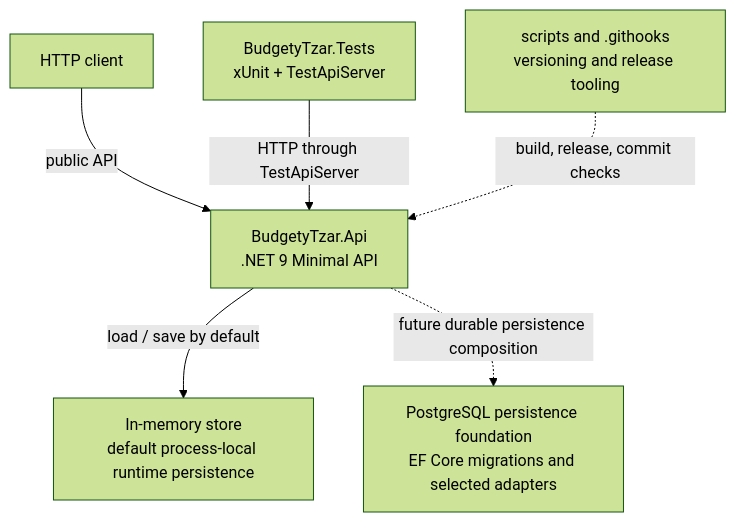
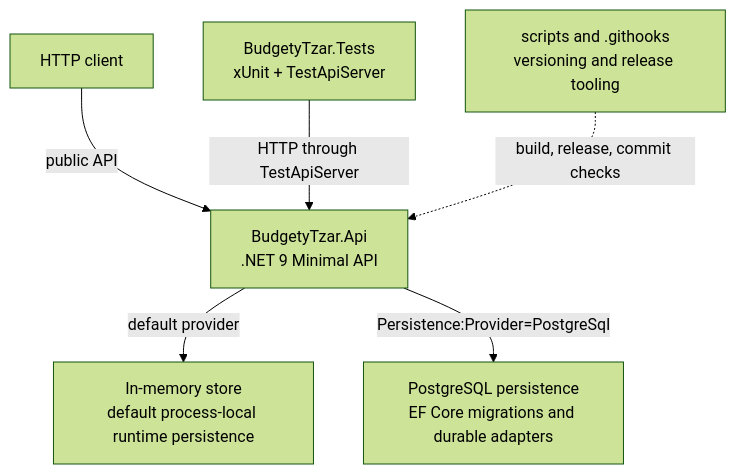
The second of 5 diagrams in docs/architecture.md (kierondye/BudgetyTzar), drawn with Mermaid (forest theme) before and after one commit. The commit also changed other lines of this file and 8 other files, not shown here.

Commit message:
feat: enable PostgreSQL persistence selection

````diff
--- a/docs/architecture.md
+++ b/docs/architecture.md
@@ -36,15 +36,15 @@
 ```mermaid
 flowchart TB
     client["HTTP client"]
     api["BudgetyTzar.Api<br/>.NET 9 Minimal API"]
     memory["In-memory store<br/>default process-local runtime persistence"]
-    postgres["PostgreSQL persistence foundation<br/>EF Core migrations and selected adapters"]
+    postgres["PostgreSQL persistence<br/>EF Core migrations and durable adapters"]
     tests["BudgetyTzar.Tests<br/>xUnit + TestApiServer"]
     scripts["scripts and .githooks<br/>versioning and release tooling"]
 
     client -->|"public API"| api
-    api -->|"load / save by default"| memory
-    api -.->|"future durable persistence composition"| postgres
+    api -->|"default provider"| memory
+    api -->|"Persistence:Provider=PostgreSql"| postgres
     tests -->|"HTTP through TestApiServer"| api
     scripts -.->|"build, release, commit checks"| api
 ```
````
